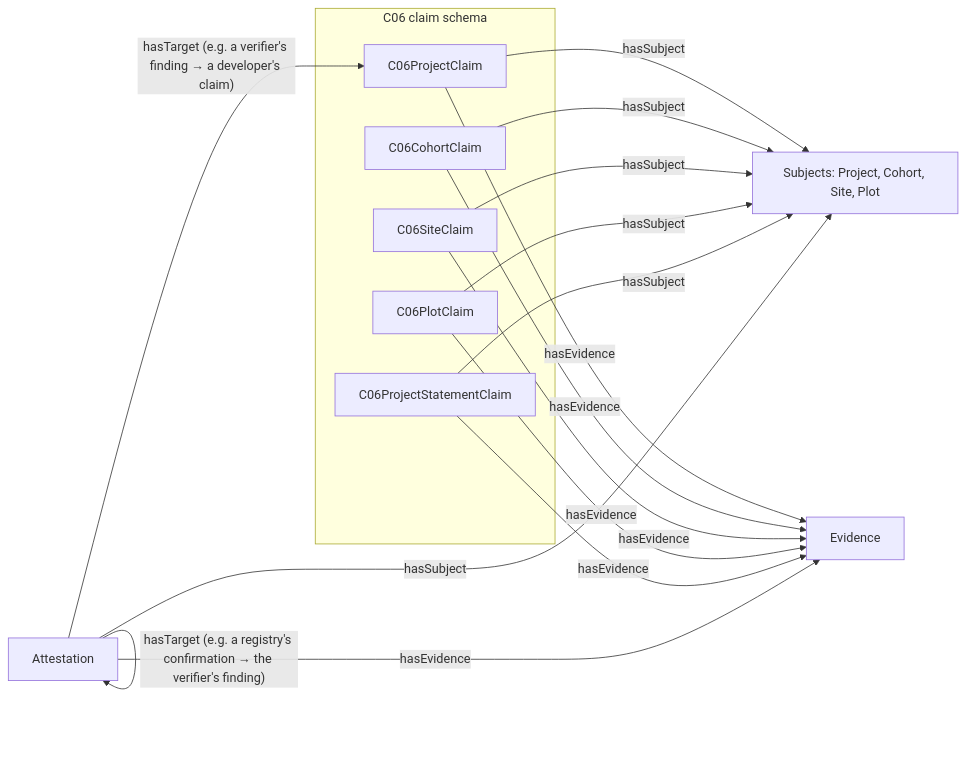
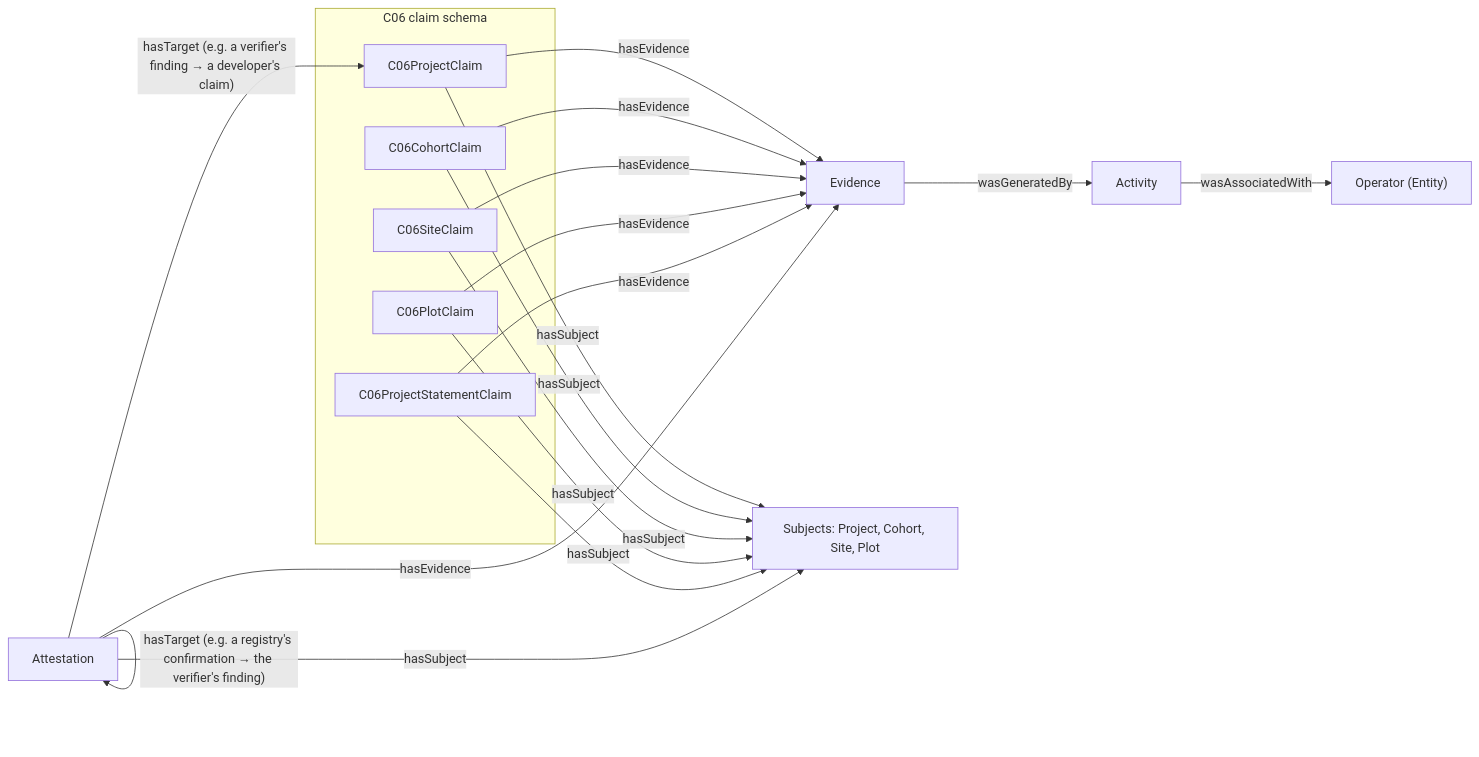
Before and after one commit to regen-network/regen-data-standards: the first of 2 diagrams in docs/attestation-and-evidence.md, drawn with Mermaid. The commit also changed other lines of this file and 19 other files, not shown here.

First line of the commit message:
feat(schema): keep only claimable C06 fields, add Evidence.wasGeneratedBy (#73)

````diff
--- a/docs/attestation-and-evidence.md
+++ b/docs/attestation-and-evidence.md
@@ -18,20 +19,24 @@
 ```mermaid
 flowchart LR
     subgraph C06["C06 claim schema"]
       PC[C06ProjectClaim]
       CC[C06CohortClaim]
       SC[C06SiteClaim]
       PLC[C06PlotClaim]
       PS[C06ProjectStatementClaim]
     end
     A[Attestation]
     E[Evidence]
+    ACT[Activity]
+    OP["Operator (Entity)"]
     S["Subjects: Project, Cohort, Site, Plot"]
 
     PC & CC & SC & PLC & PS -- hasSubject --> S
     PC & CC & SC & PLC & PS -- hasEvidence --> E
     A -- "hasTarget (e.g. a verifier's finding → a developer's claim)" --> PC
     A -- "hasTarget (e.g. a registry's confirmation → the verifier's finding)" --> A
     A -- hasSubject --> S
     A -- hasEvidence --> E
+    E -- wasGeneratedBy --> ACT
+    ACT -- wasAssociatedWith --> OP
 ```
````
